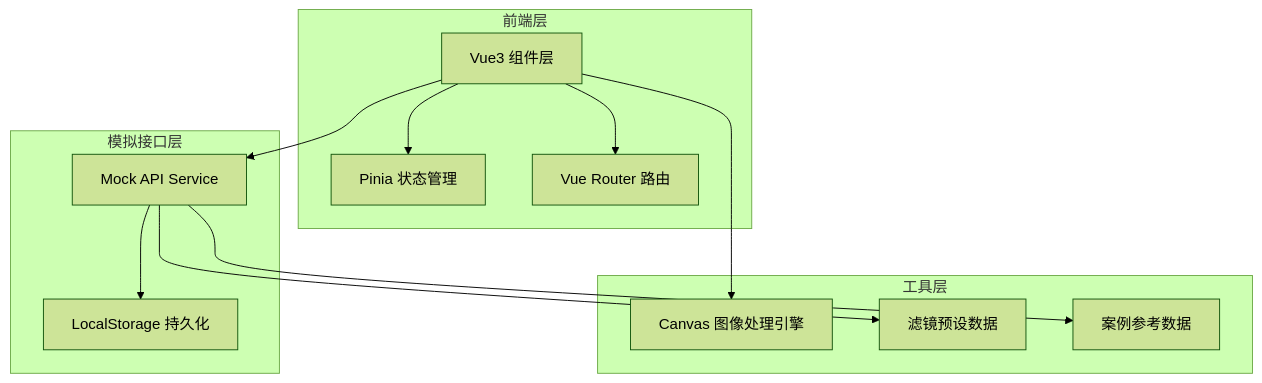
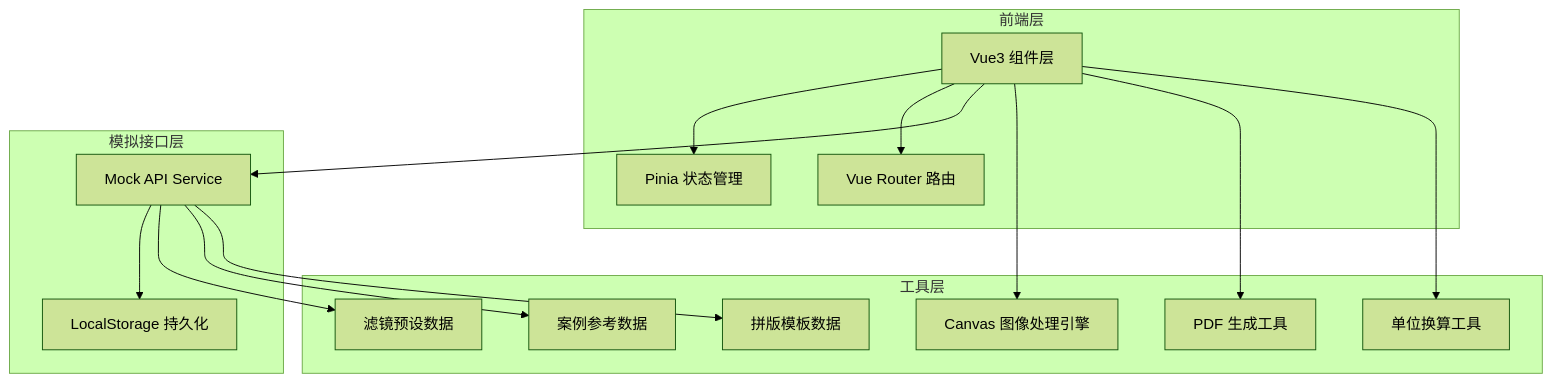
Before and after one commit to 18406572644/lhd033: the first of 2 diagrams in .trae/documents/tech-architecture.md, drawn with Mermaid (forest theme). The commit also changed other lines of this file and 24 other files, not shown here.

````diff
--- a/.trae/documents/tech-architecture.md
+++ b/.trae/documents/tech-architecture.md
@@ -3,24 +3,30 @@
 ```mermaid
 flowchart TB
     subgraph "前端层"
         A["Vue3 组件层"]
         B["Pinia 状态管理"]
         C["Vue Router 路由"]
     end
     subgraph "模拟接口层"
         D["Mock API Service"]
         E["LocalStorage 持久化"]
     end
     subgraph "工具层"
         F["Canvas 图像处理引擎"]
         G["滤镜预设数据"]
         H["案例参考数据"]
+        I["拼版模板数据"]
+        J["PDF 生成工具"]
+        K["单位换算工具"]
     end
     A --> B
     A --> C
     A --> D
     D --> E
     A --> F
     D --> G
     D --> H
+    D --> I
+    A --> J
+    A --> K
 ```
````
